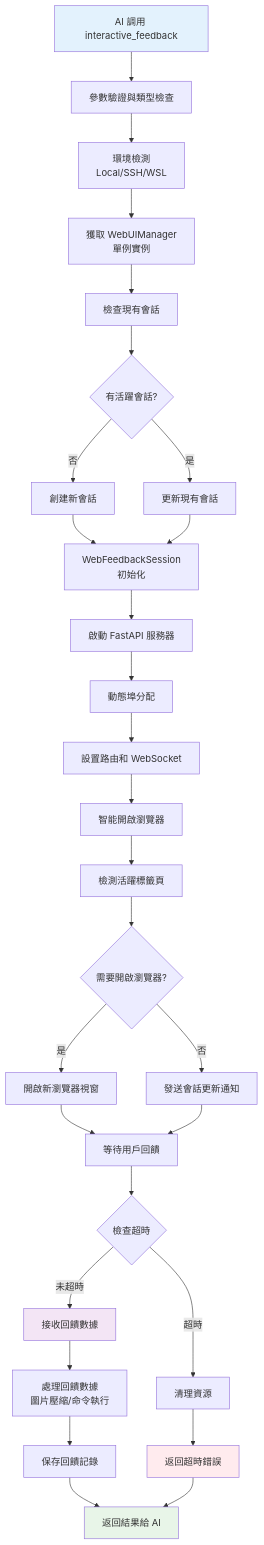
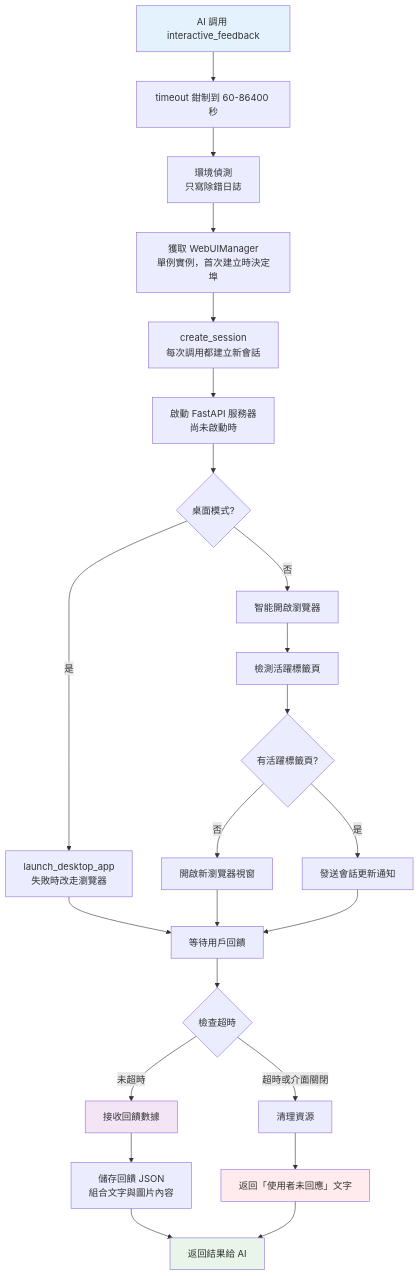
The second of 12 diagrams in docs/architecture/interaction-flows.md (CloudEngineHub/mcp-feedback-enhanced), drawn with Mermaid before and after one commit. The commit also changed other lines of this file, not shown here.

Commit message:
📝 交互流程文件改用實際的方法名、WebSocket 訊息與前端回饋狀態，移除虛構的環境偵測與會話管理虛擬碼

````diff
--- a/docs/architecture/interaction-flows.md
+++ b/docs/architecture/interaction-flows.md
@@ -113,44 +111,37 @@
 ```mermaid
 flowchart TD
-    START[AI 調用 interactive_feedback] --> VALIDATE[參數驗證與類型檢查]
-    VALIDATE --> ENV[環境檢測<br/>Local/SSH/WSL]
-    ENV --> MANAGER[獲取 WebUIManager<br/>單例實例]
-    MANAGER --> CHECK[檢查現有會話]
-    CHECK --> DECISION{有活躍會話?}
+    START[AI 調用 interactive_feedback] --> VALIDATE[timeout 鉗制到 60-86400 秒]
+    VALIDATE --> ENV[環境偵測<br/>只寫除錯日誌]
+    ENV --> MANAGER[獲取 WebUIManager<br/>單例實例，首次建立時決定埠]
+    MANAGER --> CREATE[create_session<br/>每次調用都建立新會話]
 
-    DECISION -->|否| CREATE[創建新會話]
-    DECISION -->|是| UPDATE[更新現有會話]
-
-    CREATE --> SESSION[WebFeedbackSession<br/>初始化]
-    UPDATE --> SESSION
-
-    SESSION --> SERVER[啟動 FastAPI 服務器]
-    SERVER --> PORT[動態埠分配]
-    PORT --> ROUTES[設置路由和 WebSocket]
-    ROUTES --> BROWSER[智能開啟瀏覽器]
+    CREATE --> SERVER[啟動 FastAPI 服務器<br/>尚未啟動時]
+    SERVER --> MODE{桌面模式?}
+    MODE -->|是| DESKTOP[launch_desktop_app<br/>失敗時改走瀏覽器]
+    MODE -->|否| BROWSER[智能開啟瀏覽器]
 
     BROWSER --> DETECT[檢測活躍標籤頁]
-    DETECT --> OPEN_DECISION{需要開啟瀏覽器?}
+    DETECT --> OPEN_DECISION{有活躍標籤頁?}
 
-    OPEN_DECISION -->|是| OPEN[開啟新瀏覽器視窗]
-    OPEN_DECISION -->|否| NOTIFY[發送會話更新通知]
+    OPEN_DECISION -->|否| OPEN[開啟新瀏覽器視窗]
+    OPEN_DECISION -->|是| NOTIFY[發送會話更新通知]
 
-    OPEN --> WAIT[等待用戶回饋]
+    DESKTOP --> WAIT[等待用戶回饋]
+    OPEN --> WAIT
     NOTIFY --> WAIT
 
     WAIT --> TIMEOUT{檢查超時}
     TIMEOUT -->|未超時| FEEDBACK[接收回饋數據]
-    TIMEOUT -->|超時| CLEANUP[清理資源]
+    TIMEOUT -->|超時或介面關閉| CLEANUP[清理資源]
 
-    FEEDBACK --> PROCESS[處理回饋數據<br/>圖片壓縮/命令執行]
-    PROCESS --> SAVE[保存回饋記錄]
-    SAVE --> RETURN[返回結果給 AI]
+    FEEDBACK --> PROCESS[儲存回饋 JSON<br/>組合文字與圖片內容]
+    PROCESS --> RETURN[返回結果給 AI]
 
-    CLEANUP --> ERROR[返回超時錯誤]
+    CLEANUP --> ERROR[返回「使用者未回應」文字]
     ERROR --> RETURN
 
     style START fill:#e3f2fd
     style RETURN fill:#e8f5e8
     style ERROR fill:#ffebee
     style FEEDBACK fill:#f3e5f5
 ```
````
